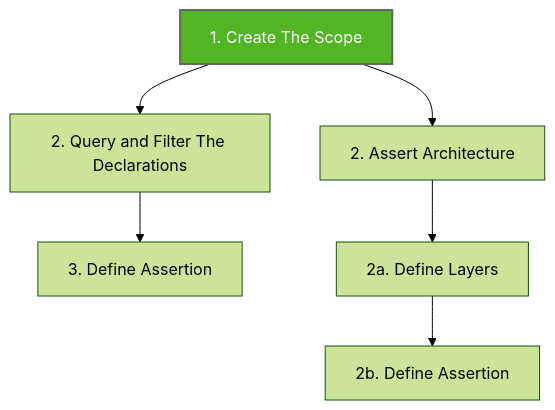
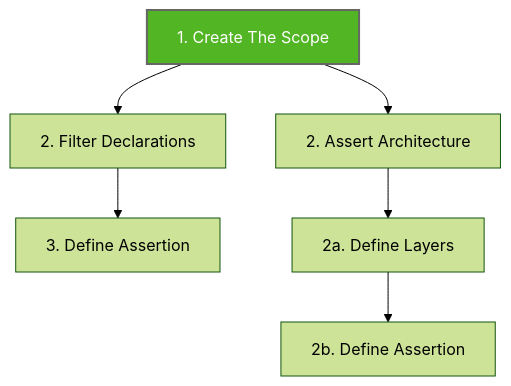
One commit to LemonAppDev/konsist-documentation changed the first of 2 diagrams in writing-tests/koscope.md. Above: the diagram before and after it, drawn with Mermaid. The commit also changed 3 other files, not shown here.

````diff
--- a/writing-tests/koscope.md
+++ b/writing-tests/koscope.md
@@ -13,13 +13,13 @@
 ```mermaid
 %%{init: {'theme':'forest'}}%%
 flowchart TB
     Step1["1. Create The Scope"]-->StepD2
     Step1["1. Create The Scope"]-->StepA2
-    StepD2["2. Query and Filter The Declarations"]-->StepD3
+    StepD2["2. Filter Declarations"]-->StepD3
     StepD3["3. Define Assertion"]
     StepA2["2. Assert Architecture"]-->StepA3
     StepA3["2a. Define Layers"]-->StepA4
     StepA4["2b. Define Assertion"]
     style Step1 fill:#52B523,stroke:#666,stroke-width:2px,color:#fff
 
 ```
````
